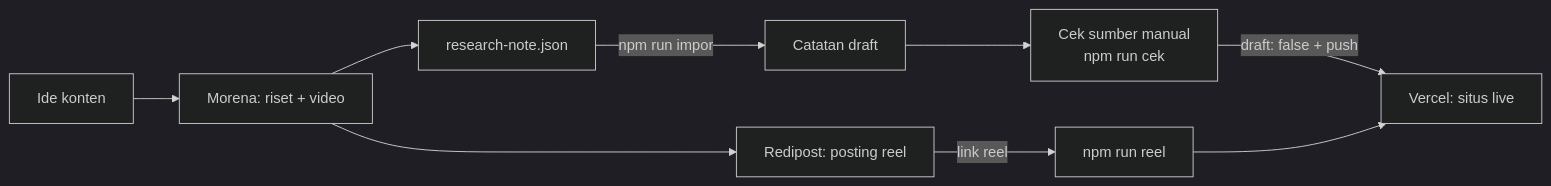
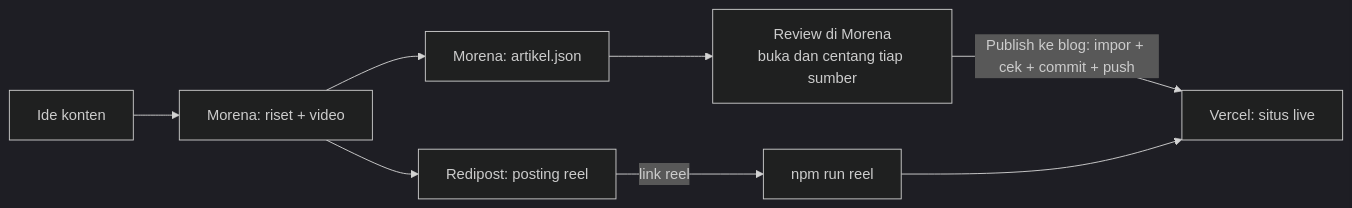
The diagram in README.md (DwiMunir/only_learn0), drawn with Mermaid (dark theme) before and after one commit. The commit also changed other lines of this file and 5 other files, not shown here.

First line of the commit message:
keamanan: escape JSON-LD, tolak "</" di frontmatter; docs ikut alur Morena

````diff
--- a/README.md
+++ b/README.md
@@ -23,11 +23,10 @@
 ```mermaid
 flowchart LR
     A[Ide konten] --> B[Morena: riset + video]
-    B --> C[research-note.json]
+    B --> C[Morena: artikel.json]
     B --> D[Redipost: posting reel]
-    C -->|npm run impor| E[Catatan draft]
-    E --> F[Cek sumber manual<br/>npm run cek]
-    F -->|draft: false + push| G[Vercel: situs live]
+    C --> F[Review di Morena<br/>buka dan centang tiap sumber]
+    F -->|Publish ke blog: impor + cek + commit + push| G[Vercel: situs live]
     D -->|link reel| H[npm run reel]
     H --> G
 ```
````
